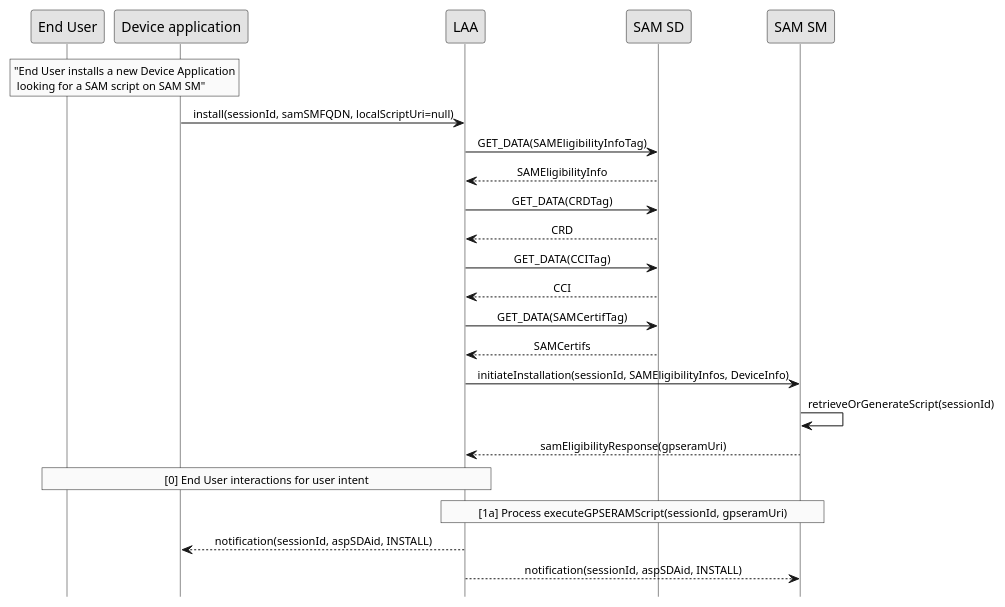
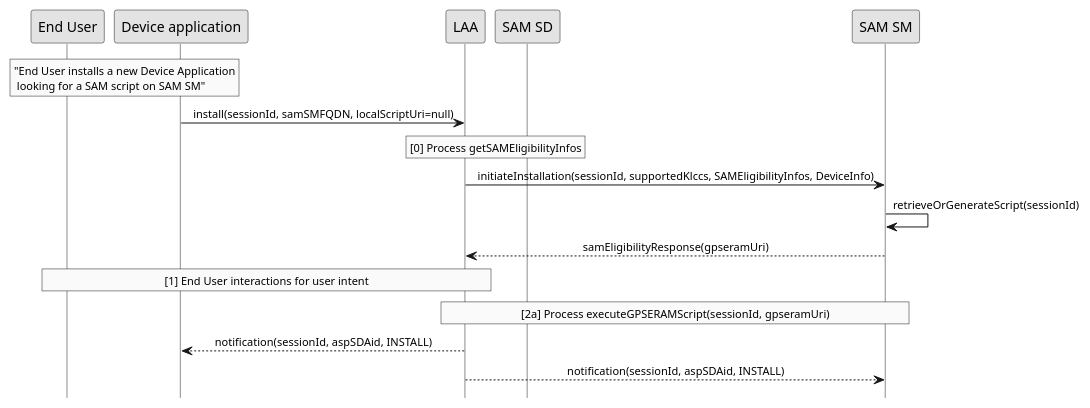
Before and after one commit to gaelrgerard/laa: the diagram in doc/uml/install-samsm.pu, drawn with PlantUML. The commit also changed 6 other files, not shown here.

```diff
--- a/doc/uml/install-samsm.pu
+++ b/doc/uml/install-samsm.pu
@@ -1,39 +1,36 @@
 @startuml
  
 hide footbox
 skinparam sequenceMessageAlign center
 skinparam sequenceArrowFontSize 11
 skinparam noteFontSize 11
 skinparam monochrome true
 skinparam lifelinestrategy solid
  
 rnote over "End User", "Device application"
      "End User installs a new Device Application
       looking for a SAM script on SAM SM"
 end rnote
 
 "Device application" -> LAA : install(sessionId, samSMFQDN, localScriptUri=null)
-LAA -> "SAM SD" : GET_DATA(SAMEligibilityInfoTag)
-"SAM SD" --> LAA : SAMEligibilityInfo  
-LAA -> "SAM SD" : GET_DATA(CRDTag)
-"SAM SD" --> LAA : CRD
-LAA -> "SAM SD" : GET_DATA(CCITag)
-"SAM SD" --> LAA : CCI
-LAA -> "SAM SD" : GET_DATA(SAMCertifTag)
-"SAM SD" --> LAA : SAMCertifs
-"LAA" -> "SAM SM" : initiateInstallation(sessionId, SAMEligibilityInfos, DeviceInfo) 
+
+rnote over "LAA", "SAM SD"
+     [0] Process getSAMEligibilityInfos
+end rnote
+
+"LAA" -> "SAM SM" : initiateInstallation(sessionId, supportedKlccs, SAMEligibilityInfos, DeviceInfo)
 "SAM SM" -> "SAM SM" : retrieveOrGenerateScript(sessionId)
 "SAM SM" --> LAA : samEligibilityResponse(gpseramUri)
  
 rnote over "LAA", "End User"
-     [0] End User interactions for user intent
+     [1] End User interactions for user intent
 end rnote
  
 rnote over "LAA", "SAM SM"
-     [1a] Process executeGPSERAMScript(sessionId, gpseramUri)
+     [2a] Process executeGPSERAMScript(sessionId, gpseramUri)
 end rnote
  
 LAA --> "Device application" : notification(sessionId, aspSDAid, INSTALL)
  
 LAA --> "SAM SM" : notification(sessionId, aspSDAid, INSTALL)
 @enduml
```
